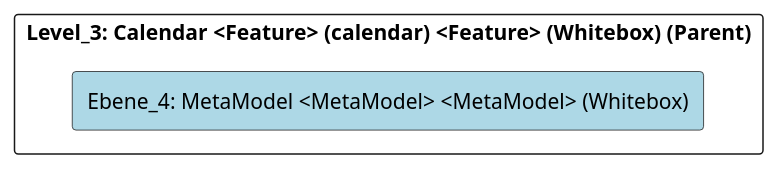
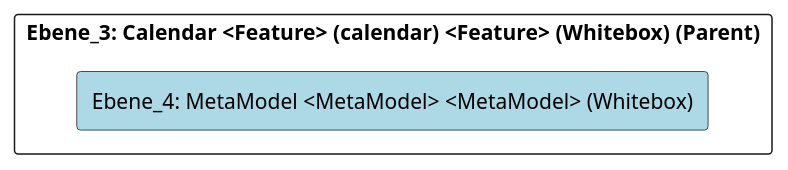
The diagram in doc/cleonproject_deliverables_architecture_model_architecture/adoc/de/05_bausteinsicht/cleon/common/calendar/metamodel/ebene_4_metamodel.adoc (marcozwyssig/cleon), drawn with PlantUML before and after one commit. The commit also changed other lines of this file and 620 other files, not shown here.

```diff
--- a/doc/cleonproject_deliverables_architecture_model_architecture/adoc/de/05_bausteinsicht/cleon/common/calendar/metamodel/ebene_4_metamodel.adoc
+++ b/doc/cleonproject_deliverables_architecture_model_architecture/adoc/de/05_bausteinsicht/cleon/common/calendar/metamodel/ebene_4_metamodel.adoc
@@ -20,24 +20,24 @@
 [plantuml, Ebene_4: MetaModel <MetaModel> <MetaModel> (Whitebox)BlockOverview, format="svg"]
 ----
 @startuml Ebene_4: MetaModel <MetaModel> <MetaModel> (Whitebox)BuildingBlockOverview
 
 skinparam ranksep 10
 skinparam componentStyle rectangle
 skinparam shadowing false
 skinparam arrowColor lightblue
 skinparam arrowThickness 1.2
 skinparam rectangle {
   BackgroundColor White
   BorderColor #333
   RoundCorner 10
 }
 top to bottom direction
 
-component "Level_3: Calendar <Feature> (calendar) <Feature> (Whitebox) (Parent)" {
+component "Ebene_3: Calendar <Feature> (calendar) <Feature> (Whitebox) (Parent)" {
     component "Ebene_4: MetaModel <MetaModel> <MetaModel> (Whitebox)" #lightblue {
     }
 
 }
 
 @enduml
 ----
```
